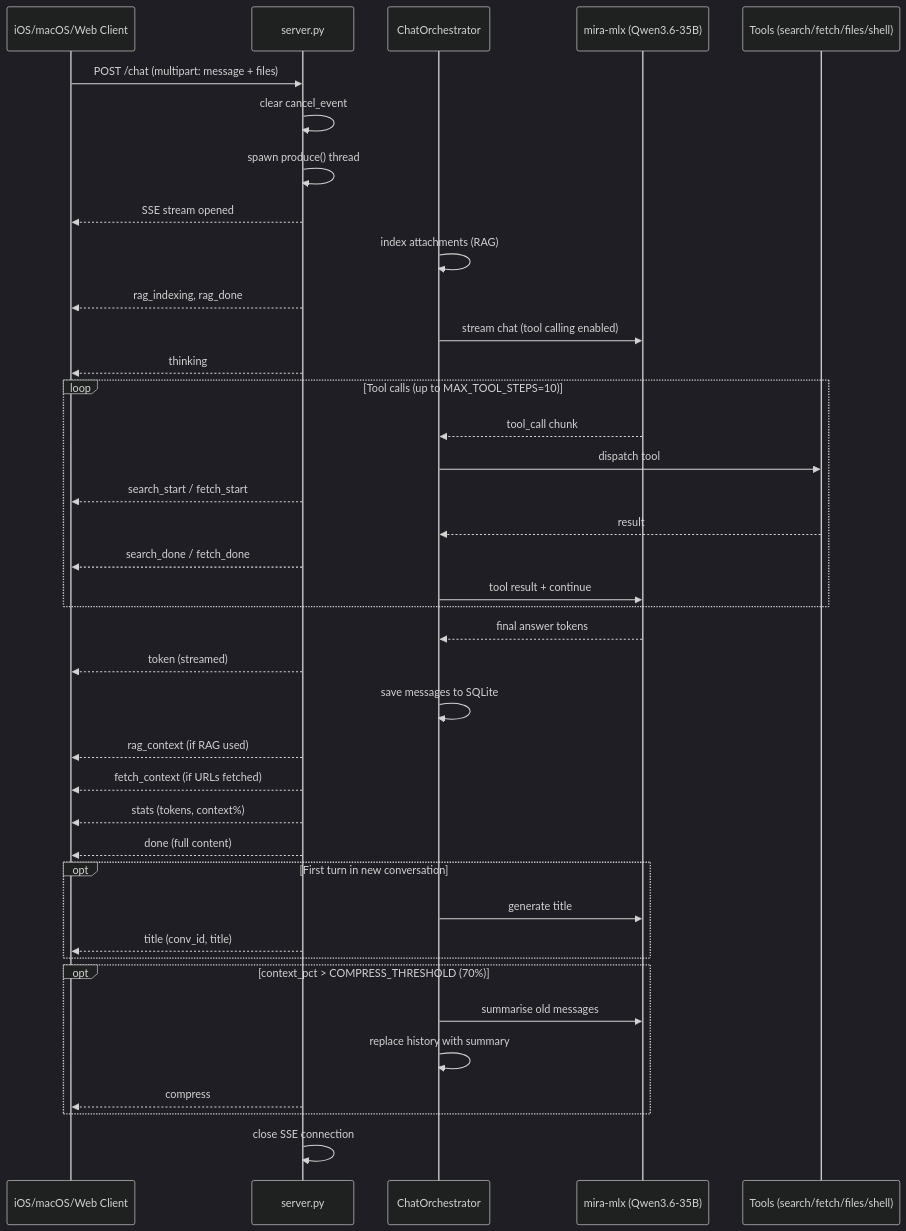
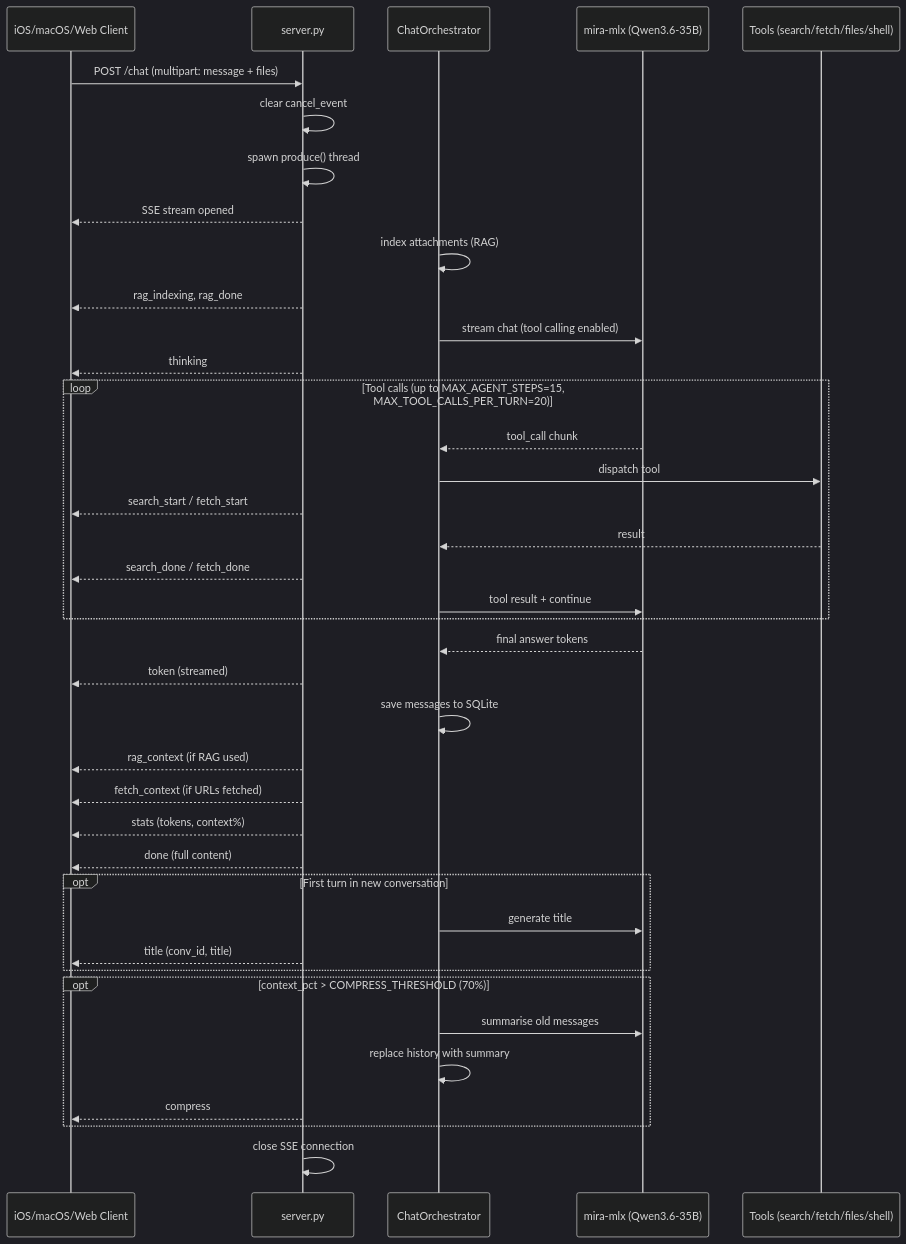
Before and after one commit to mabaeyens/mira-core: the second of 4 diagrams in docs/diagram.md, drawn with Mermaid (dark theme). The commit also changed other lines of this file, not shown here.

Commit message:
docs(diagram): fix step caps and cancel flow, drop client-side flows that belong to mira-apps

````diff
--- a/docs/diagram.md
+++ b/docs/diagram.md
@@ -61,50 +61,50 @@
 ```mermaid
 sequenceDiagram
     participant Client as iOS/macOS/Web Client
     participant Server as server.py
     participant Orch as ChatOrchestrator
     participant LLM as mira-mlx (Qwen3.6-35B)
     participant Tools as Tools (search/fetch/files/shell)
 
     Client->>Server: POST /chat (multipart: message + files)
     Server->>Server: clear cancel_event
     Server->>Server: spawn produce() thread
     Server-->>Client: SSE stream opened
 
     Orch->>Orch: index attachments (RAG)
     Server-->>Client: rag_indexing, rag_done
 
     Orch->>LLM: stream chat (tool calling enabled)
     Server-->>Client: thinking
 
-    loop Tool calls (up to MAX_TOOL_STEPS=10)
+    loop Tool calls (up to MAX_AGENT_STEPS=15, MAX_TOOL_CALLS_PER_TURN=20)
         LLM-->>Orch: tool_call chunk
         Orch->>Tools: dispatch tool
         Server-->>Client: search_start / fetch_start
         Tools-->>Orch: result
         Server-->>Client: search_done / fetch_done
         Orch->>LLM: tool result + continue
     end
 
     LLM-->>Orch: final answer tokens
     Server-->>Client: token (streamed)
 
     Orch->>Orch: save messages to SQLite
     Server-->>Client: rag_context (if RAG used)
     Server-->>Client: fetch_context (if URLs fetched)
     Server-->>Client: stats (tokens, context%)
     Server-->>Client: done (full content)
 
     opt First turn in new conversation
         Orch->>LLM: generate title
         Server-->>Client: title (conv_id, title)
     end
 
     opt context_pct > COMPRESS_THRESHOLD (70%)
         Orch->>LLM: summarise old messages
         Orch->>Orch: replace history with summary
         Server-->>Client: compress
     end
 
     Server->>Server: close SSE connection
 ```
````
